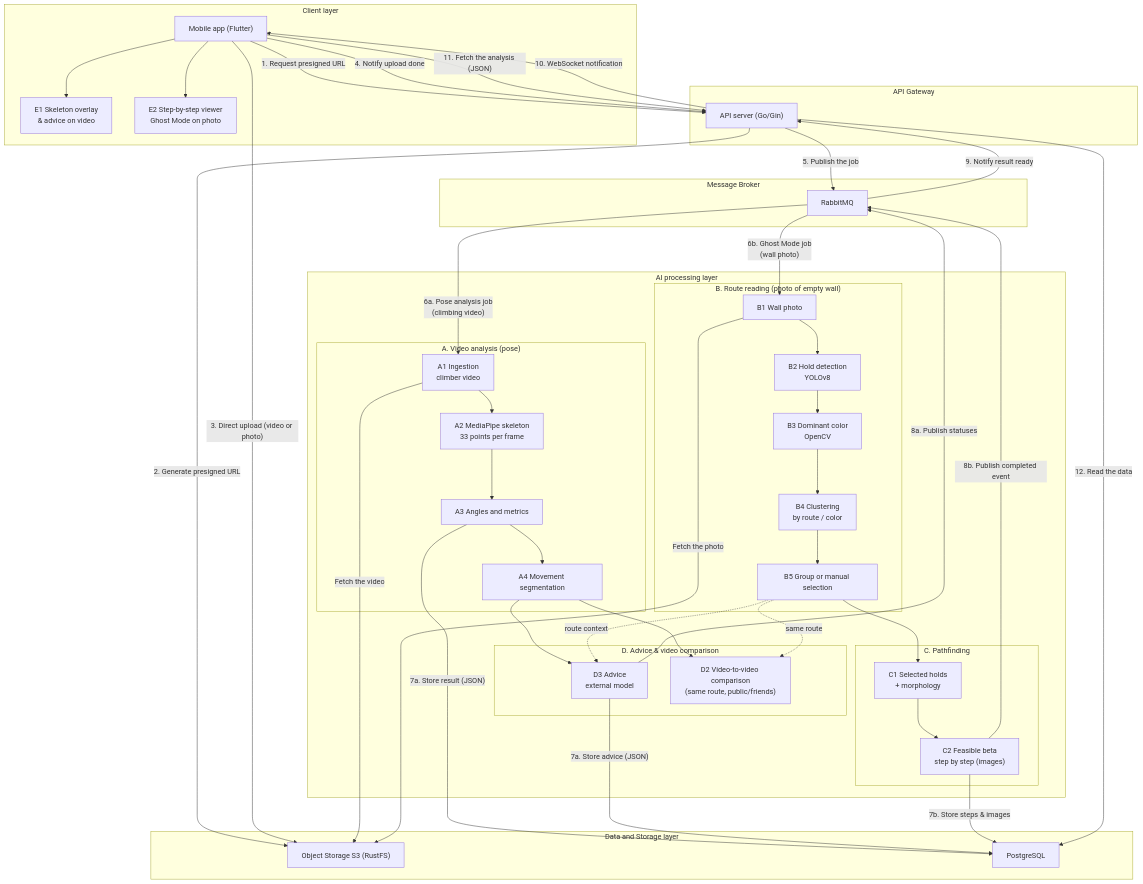
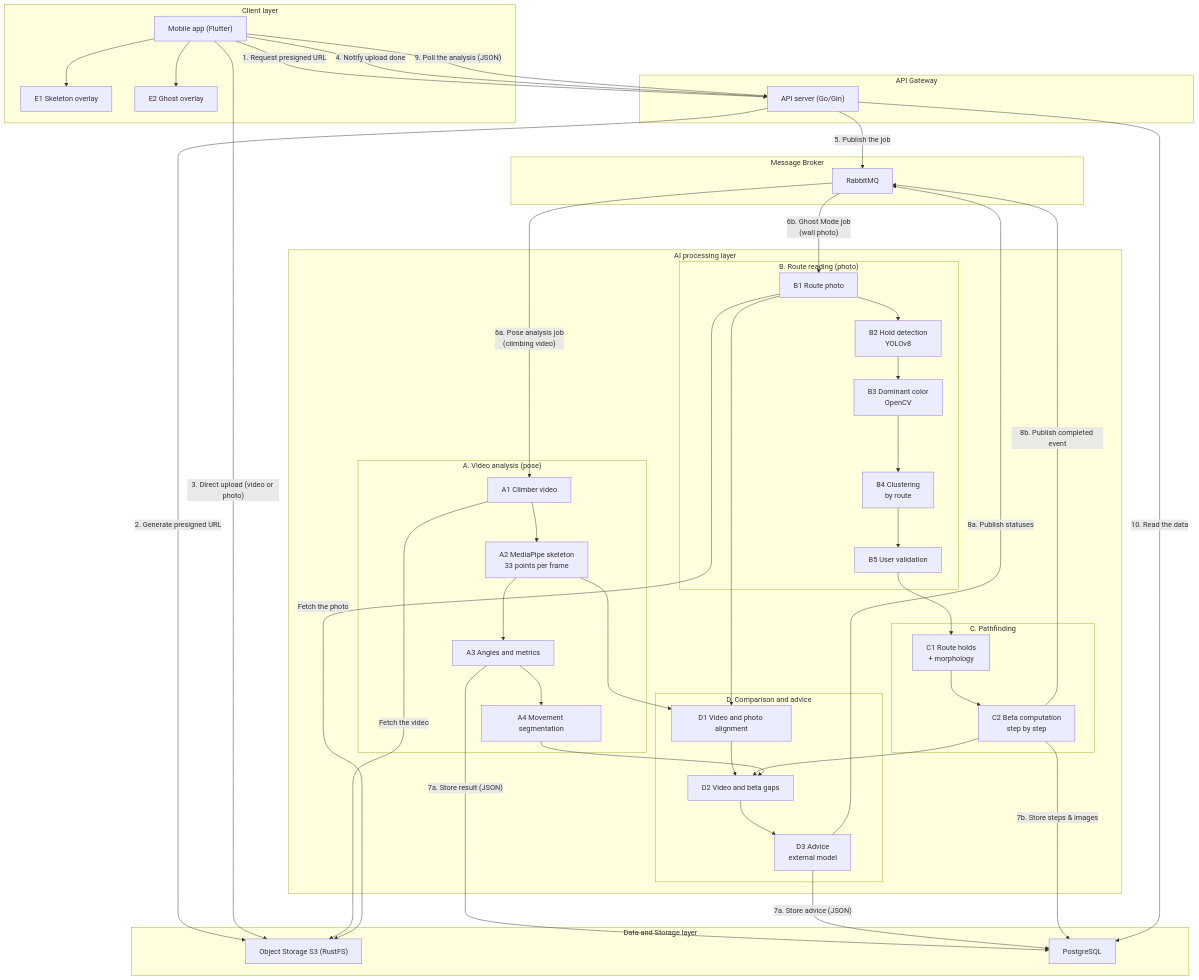
The diagram in docs/Ascension/developer/apps/ai/overview.md (Ascension-EIP/Ascension), drawn with Mermaid before and after one commit. The commit also changed other lines of this file and 4 other files, not shown here.

````diff
--- a/docs/Ascension/developer/apps/ai/overview.md
+++ b/docs/Ascension/developer/apps/ai/overview.md
@@ -43,77 +43,75 @@
 ```mermaid
 flowchart TD
     subgraph Client ["Client layer"]
         App["Mobile app (Flutter)"]
-        E1["E1 Skeleton overlay<br/>& advice on video"]
-        E2["E2 Step-by-step viewer<br/>Ghost Mode on photo"]
+        E1["E1 Skeleton overlay"]
+        E2["E2 Ghost overlay"]
     end
 
     subgraph Gateway ["API Gateway"]
         API["API server (Go/Gin)"]
     end
 
     subgraph Broker ["Message Broker"]
         RMQ["RabbitMQ"]
     end
 
     subgraph IA ["AI processing layer"]
         subgraph A ["A. Video analysis (pose)"]
-            A1["A1 Ingestion<br/>climber video"] --> A2["A2 MediaPipe skeleton<br/>33 points per frame"]
+            A1["A1 Climber video"] --> A2["A2 MediaPipe skeleton<br/>33 points per frame"]
             A2 --> A3["A3 Angles and metrics"]
             A3 --> A4["A4 Movement segmentation"]
         end
 
-        subgraph D ["D. Advice & video comparison"]
-            D3["D3 Advice<br/>external model"]
-            D2["D2 Video-to-video comparison<br/>(same route, public/friends)"]
-        end
-
-        subgraph B ["B. Route reading (photo of empty wall)"]
-            B1["B1 Wall photo"] --> B2["B2 Hold detection<br/>YOLOv8"]
+        subgraph B ["B. Route reading (photo)"]
+            B1["B1 Route photo"] --> B2["B2 Hold detection<br/>YOLOv8"]
             B2 --> B3["B3 Dominant color<br/>OpenCV"]
-            B3 --> B4["B4 Clustering<br/>by route / color"]
-            B4 --> B5["B5 Group or manual selection"]
+            B3 --> B4["B4 Clustering<br/>by route"]
+            B4 --> B5["B5 User validation"]
         end
 
         subgraph C ["C. Pathfinding"]
-            C1["C1 Selected holds<br/>+ morphology"] --> C2["C2 Feasible beta<br/>step by step (images)"]
+            C1["C1 Route holds<br/>+ morphology"] --> C2["C2 Beta computation<br/>step by step"]
         end
 
-        A4 --> D3
+        subgraph D ["D. Comparison and advice"]
+            D1["D1 Video and photo alignment"] --> D2["D2 Video and beta gaps"]
+            D2 --> D3["D3 Advice<br/>external model"]
+        end
+
+        B5 --> C1
+        C2 --> D2
         A4 --> D2
-        B5 --> C1
-        B5 -.->|"route context"| D3
-        B5 -.->|"same route"| D2
+        A2 --> D1
+        B1 --> D1
     end
 
     subgraph Data ["Data and Storage layer"]
         S3["Object Storage S3 (RustFS)"]
         PG["PostgreSQL"]
     end
 
-    %% Communication flow (1 to 12)
+    %% Communication flow (1 to 10)
     App -->|"1. Request presigned URL"| API
     API -->|"2. Generate presigned URL"| S3
     App -->|"3. Direct upload (video or photo)"| S3
     App -->|"4. Notify upload done"| API
     API -->|"5. Publish the job"| RMQ
 
     RMQ -->|"6a. Pose analysis job<br/>(climbing video)"| A1
     A1 -->|"Fetch the video"| S3
     A3 -->|"7a. Store result (JSON)"| PG
     D3 -->|"7a. Store advice (JSON)"| PG
     D3 -->|"8a. Publish statuses"| RMQ
 
     RMQ -->|"6b. Ghost Mode job<br/>(wall photo)"| B1
     B1 -->|"Fetch the photo"| S3
     C2 -->|"7b. Store steps & images"| PG
     C2 -->|"8b. Publish completed event"| RMQ
 
-    RMQ -->|"9. Notify result ready"| API
-    API -->|"10. WebSocket notification"| App
-    App -->|"11. Fetch the analysis (JSON)"| API
-    API -->|"12. Read the data"| PG
+    App -->|"9. Poll the analysis (JSON)"| API
+    API -->|"10. Read the data"| PG
 
     App --> E1
     App --> E2
 ```
````
